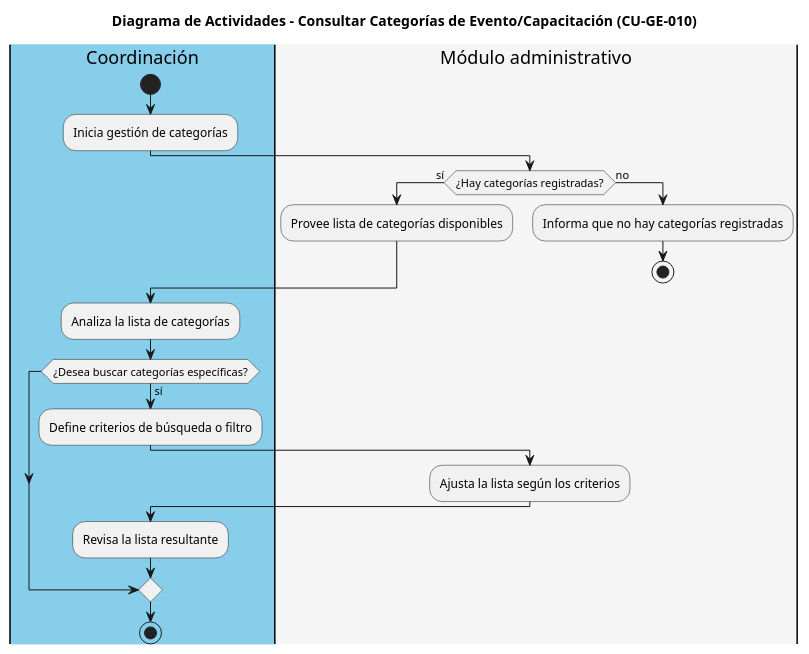
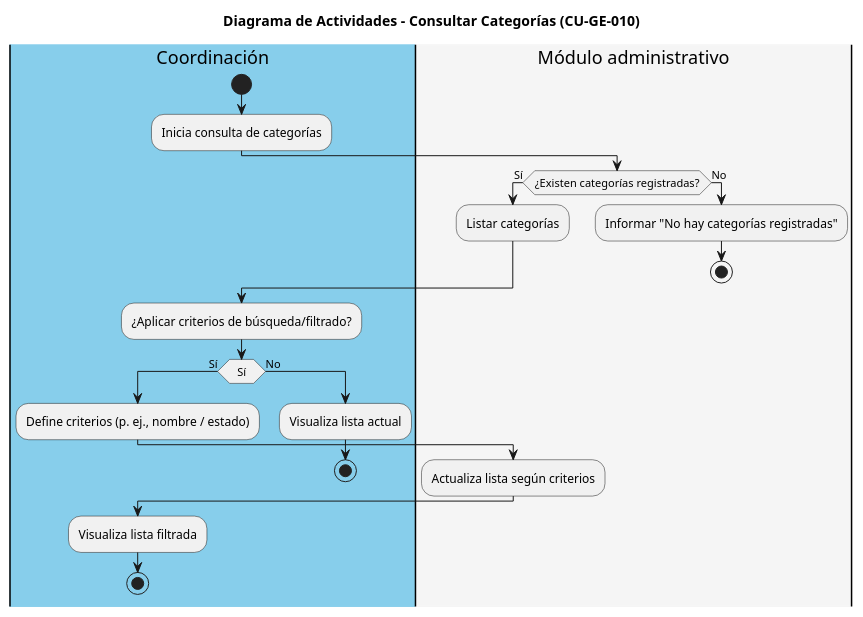
Before and after one commit to iKinoo/baby-salesforce-admin-module: the diagram in code/CU-GE-010_Consultar_Categorias.puml, drawn with PlantUML.

Commit message:
Update diagram CU-GE-010_Consult_Categories

```diff
--- a/code/CU-GE-010_Consultar_Categorias.puml
+++ b/code/CU-GE-010_Consultar_Categorias.puml
@@ -1,26 +1,31 @@
 @startuml CU-GE-010_Consultar_Categorias
-title Diagrama de Actividades - Consultar Categorías de Evento/Capacitación (CU-GE-010)
+title Diagrama de Actividades - Consultar Categorías (CU-GE-010)
 
 |#skyblue|Coordinación|
 start
-:Inicia gestión de categorías;
+:Inicia consulta de categorías;
 
 |#whitesmoke|Módulo administrativo|
-if (¿Hay categorías registradas?) then (sí)
-  :Provee lista de categorías disponibles;
-else (no)
-  :Informa que no hay categorías registradas;
+if (¿Existen categorías registradas?) then (Sí)
+  :Listar categorías;
+else (No)
+  :Informar "No hay categorías registradas";
   stop
 endif
 
 |#skyblue|Coordinación|
-:Analiza la lista de categorías;
-if (¿Desea buscar categorías específicas?) then (sí)
-  :Define criterios de búsqueda o filtro;
+:¿Aplicar criterios de búsqueda/filtrado?;
+if (Sí) then (Sí)
+  :Define criterios (p. ej., nombre / estado);
+
   |#whitesmoke|Módulo administrativo|
-  :Ajusta la lista según los criterios;
+  :Actualiza lista según criterios;
+
   |#skyblue|Coordinación|
-  :Revisa la lista resultante;
+  :Visualiza lista filtrada;
+  stop
+else (No)
+  :Visualiza lista actual;
+  stop
 endif
-stop
 @enduml
```
